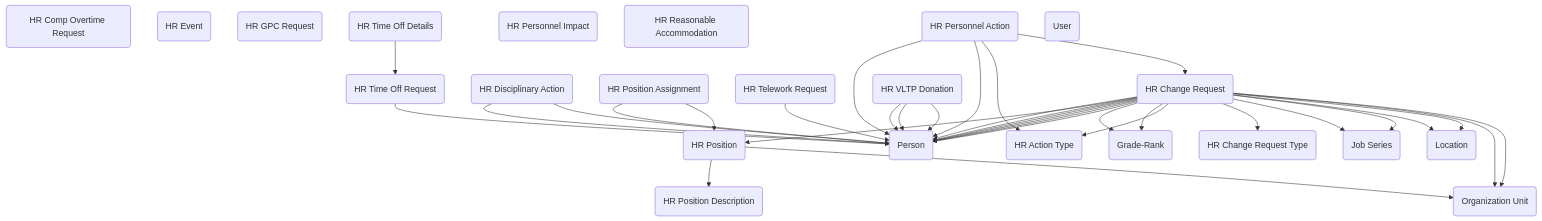
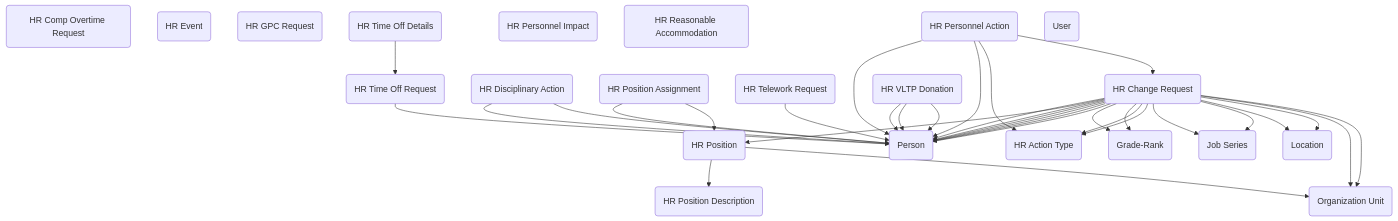
The diagram in _data_models/hr-administration.md (microsoft/gov-solutions), drawn with Mermaid before and after one commit. The commit also changed other lines of this file and 1 other file, not shown here.

Commit message:
Correction - removed HR Change Request Type from HR Admininstration data model.

````diff
--- a/_data_models/hr-administration.md
+++ b/_data_models/hr-administration.md
@@ -28,59 +28,58 @@
 ```mermaid
 graph TD
   Contact(Person)
   govcdm_graderank(Grade-Rank)
   govcdm_HRActionType(HR Action Type)
   govcdm_HRChangeRequest(HR Change Request)
-  govcdm_HRChangeRequestType(HR Change Request Type)
   govcdm_HRCompOvertimeRequest(HR Comp Overtime Request)
   govcdm_HRDisciplinaryAction(HR Disciplinary Action)
   govcdm_HREvent(HR Event)
   govcdm_HRGPCRequest(HR GPC Request)
   govcdm_HRPersonnelAction(HR Personnel Action)
   govcdm_HRPersonnelImpact(HR Personnel Impact)
   govcdm_HRPosition(HR Position)
   govcdm_HRPositionAssignment(HR Position Assignment)
   govcdm_HRPositionDescription(HR Position Description)
   govcdm_HRReasonableAccommodation(HR Reasonable Accommodation)
   govcdm_HRTeleworkRequest(HR Telework Request)
   govcdm_HRTimeOffDetails(HR Time Off Details)
   govcdm_HRTimeOffRequest(HR Time Off Request)
   govcdm_HRVLTPDonation(HR VLTP Donation)
   govcdm_jobseries(Job Series)
   govcdm_Location(Location)
   govcdm_organizationunit(Organization Unit)
   SystemUser(User)
   govcdm_HRChangeRequest --> Contact
   govcdm_HRChangeRequest --> govcdm_HRPosition
   govcdm_HRTeleworkRequest --> Contact
   govcdm_HRTimeOffRequest --> Contact
   govcdm_HRChangeRequest --> Contact
   govcdm_HRChangeRequest --> Contact
   govcdm_HRChangeRequest --> Contact
   govcdm_HRChangeRequest --> Contact
   govcdm_HRChangeRequest --> Contact
   govcdm_HRDisciplinaryAction --> Contact
   govcdm_HRDisciplinaryAction --> Contact
   govcdm_HRPersonnelAction --> Contact
   govcdm_HRPersonnelAction --> Contact
   govcdm_HRPositionAssignment --> Contact
   govcdm_HRVLTPDonation --> Contact
   govcdm_HRVLTPDonation --> Contact
   govcdm_HRVLTPDonation --> Contact
   govcdm_HRChangeRequest --> govcdm_graderank
   govcdm_HRChangeRequest --> govcdm_graderank
   govcdm_HRChangeRequest --> govcdm_HRActionType
   govcdm_HRPersonnelAction --> govcdm_HRActionType
   govcdm_HRPersonnelAction --> govcdm_HRChangeRequest
-  govcdm_HRChangeRequest --> govcdm_HRChangeRequestType
+  govcdm_HRChangeRequest --> govcdm_HRActionType
   govcdm_HRPositionAssignment --> govcdm_HRPosition
   govcdm_HRPosition --> govcdm_HRPositionDescription
   govcdm_HRTimeOffDetails --> govcdm_HRTimeOffRequest
   govcdm_HRChangeRequest --> govcdm_jobseries
   govcdm_HRChangeRequest --> govcdm_jobseries
   govcdm_HRChangeRequest --> govcdm_Location
   govcdm_HRChangeRequest --> govcdm_Location
   govcdm_HRChangeRequest --> govcdm_organizationunit
   govcdm_HRChangeRequest --> govcdm_organizationunit
   govcdm_HRPosition --> govcdm_organizationunit
 ```
````
